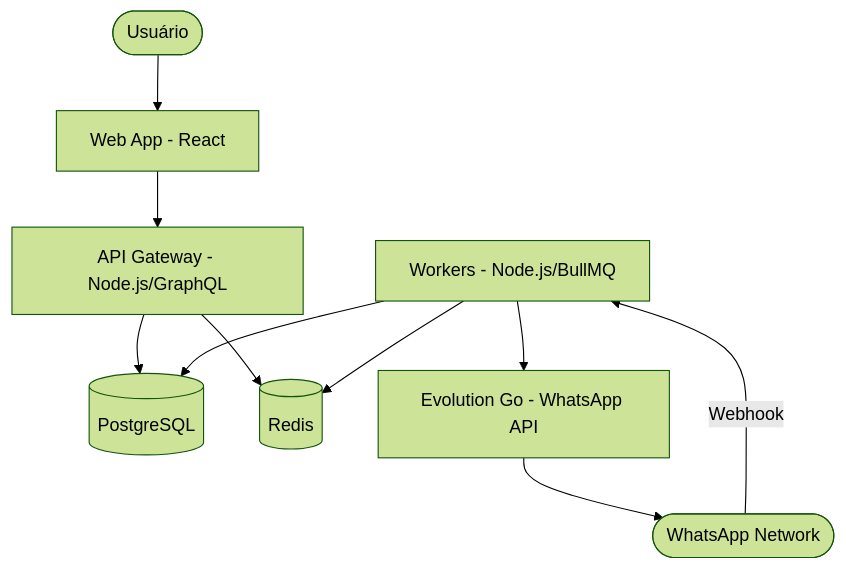
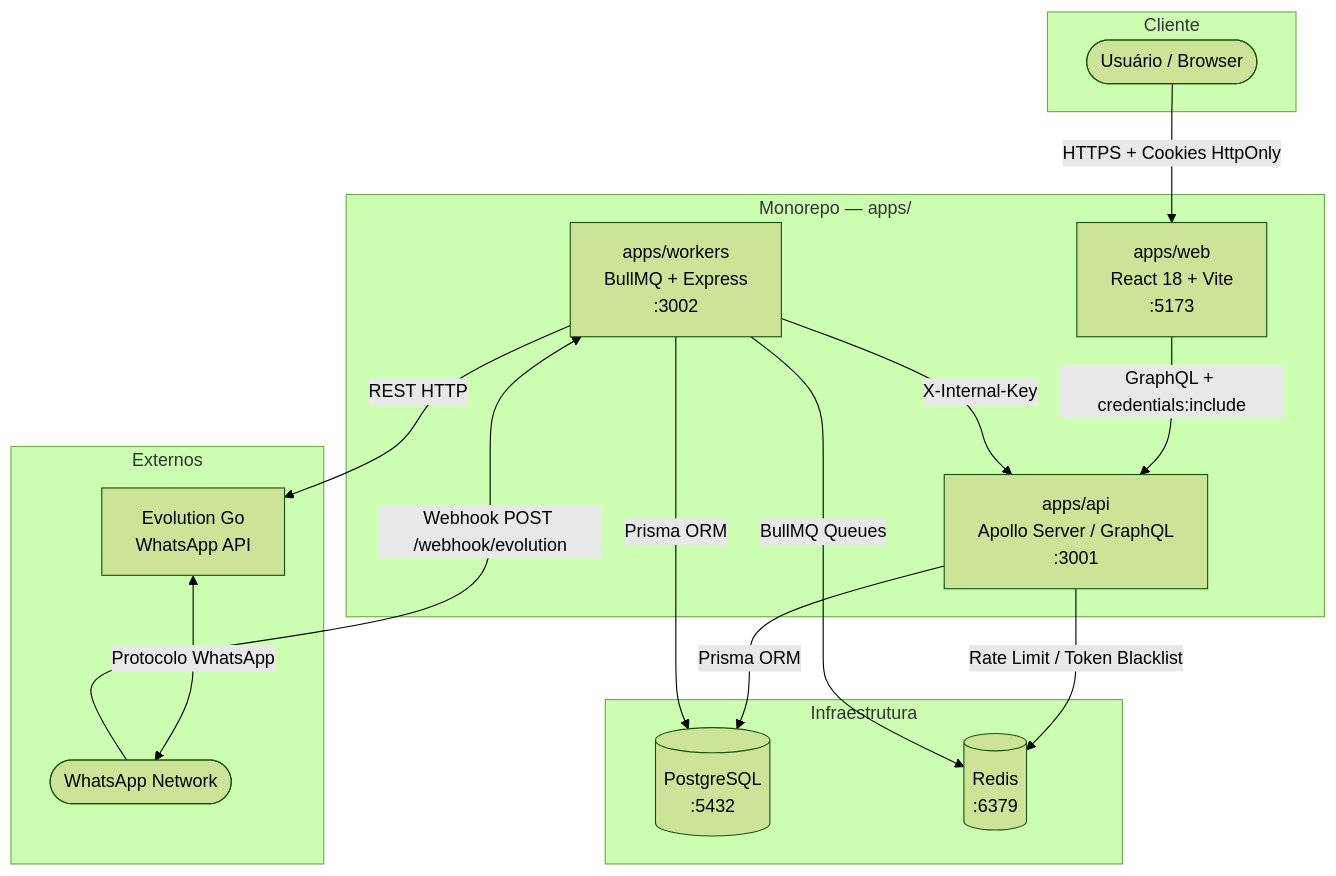
One commit to GrupoMoskitto/Challenge-2026 changed the first of 3 diagrams in docs/architecture.md. Above: the diagram before and after it, drawn with Mermaid (forest theme). The commit also changed other lines of this file and 11 other files, not shown here.

````diff
--- a/docs/architecture.md
+++ b/docs/architecture.md
@@ -7,14 +7,33 @@
 ```mermaid
 graph TD
-    User([Usuário]) --> Web[Web App - React]
-    Web --> API[API Gateway - Node.js/GraphQL]
-    API --> DB[(PostgreSQL)]
-    API --> Redis[(Redis)]
-    
-    Workers[Workers - Node.js/BullMQ] --> Redis
-    Workers --> DB
-    Workers --> EvolutionGo[Evolution Go - WhatsApp API]
-    
-    EvolutionGo --> WhatsApp([WhatsApp Network])
-    WhatsApp -- Webhook --> Workers
+    subgraph Client ["Cliente"]
+        User([Usuário / Browser])
+    end
+
+    subgraph Monorepo ["Monorepo — apps/"]
+        Web["apps/web\nReact 18 + Vite\n:5173"]
+        API["apps/api\nApollo Server / GraphQL\n:3001"]
+        Workers["apps/workers\nBullMQ + Express\n:3002"]
+    end
+
+    subgraph Infra ["Infraestrutura"]
+        PG[(PostgreSQL\n:5432)]
+        Redis[(Redis\n:6379)]
+    end
+
+    subgraph External ["Externos"]
+        EvoGo["Evolution Go\nWhatsApp API"]
+        WhatsApp([WhatsApp Network])
+    end
+
+    User -->|HTTPS + Cookies HttpOnly| Web
+    Web -->|GraphQL + credentials:include| API
+    API -->|Prisma ORM| PG
+    API -->|Rate Limit / Token Blacklist| Redis
+    Workers -->|BullMQ Queues| Redis
+    Workers -->|Prisma ORM| PG
+    Workers -->|REST HTTP| EvoGo
+    EvoGo <-->|Protocolo WhatsApp| WhatsApp
+    WhatsApp -->|Webhook POST /webhook/evolution| Workers
+    Workers -->|X-Internal-Key| API
 ```
````
